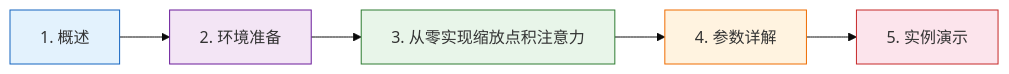
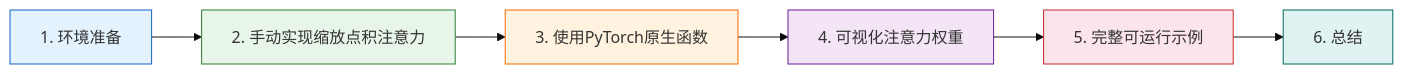
One commit to Zheng-Enci/Knoweledges changed the diagram in 一起学Transformer/04-缩放点积注意力代码实现.md. Above: the diagram before and after it, drawn with Mermaid (base theme). The commit also changed other lines of this file, not shown here.

````diff
--- a/一起学Transformer/04-缩放点积注意力代码实现.md
+++ b/一起学Transformer/04-缩放点积注意力代码实现.md
@@ -5,13 +7,15 @@
 ```mermaid
 flowchart LR
-    A["1. 概述"]:::concept --> B["2. 环境准备"]:::setup
-    B --> C["3. 从零实现缩放点积注意力"]:::code
-    C --> D["4. 参数详解"]:::explain
-    D --> E["5. 实例演示"]:::demo
+    A["1. 环境准备"]:::setup --> B["2. 手动实现缩放点积注意力"]:::code
+    B --> C["3. 使用PyTorch原生函数"]:::pytorch
+    C --> D["4. 可视化注意力权重"]:::viz
+    D --> E["5. 完整可运行示例"]:::example
+    E --> F["6. 总结"]:::summary
 
-    classDef concept fill:#e3f2fd,stroke:#1565c0
-    classDef setup fill:#f3e5f5,stroke:#6a1b9a
+    classDef setup fill:#e3f2fd,stroke:#1565c0
     classDef code fill:#e8f5e9,stroke:#2e7d32
-    classDef explain fill:#fff3e0,stroke:#ef6c00
-    classDef demo fill:#fce4ec,stroke:#c62828
+    classDef pytorch fill:#fff3e0,stroke:#ef6c00
+    classDef viz fill:#f3e5f5,stroke:#6a1b9a
+    classDef example fill:#fce4ec,stroke:#c62828
+    classDef summary fill:#e0f2f1,stroke:#00695c
 ```
````
